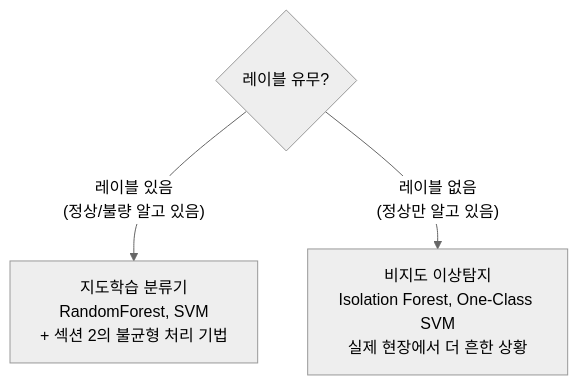
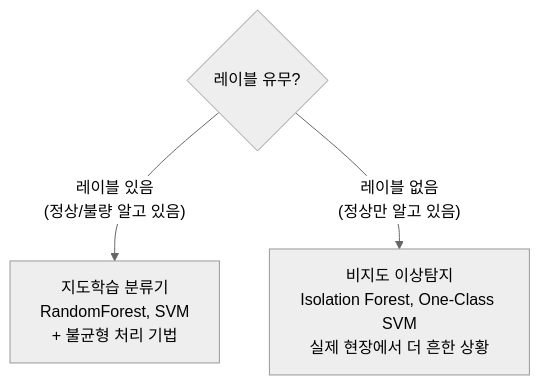
The second of 3 diagrams in jupyter-book/session1/sec3_cnc_pipeline.md (HangryDev/205-research-etri), drawn with Mermaid (neutral theme) before and after one commit. The commit also changed other lines of this file and 19 other files, not shown here.

````diff
--- a/jupyter-book/session1/sec3_cnc_pipeline.md
+++ b/jupyter-book/session1/sec3_cnc_pipeline.md
@@ -83,5 +79,5 @@
 ```{mermaid}
 flowchart TD
-    A{"레이블 유무?"} -->|"레이블 있음\n(정상/불량 알고 있음)"| B["지도학습 분류기\nRandomForest, SVM\n+ 섹션 2의 불균형 처리 기법"]
+    A{"레이블 유무?"} -->|"레이블 있음\n(정상/불량 알고 있음)"| B["지도학습 분류기\nRandomForest, SVM\n+ 불균형 처리 기법"]
     A -->|"레이블 없음\n(정상만 알고 있음)"| C["비지도 이상탐지\nIsolation Forest, One-Class SVM\n실제 현장에서 더 흔한 상황"]
 ```
````
